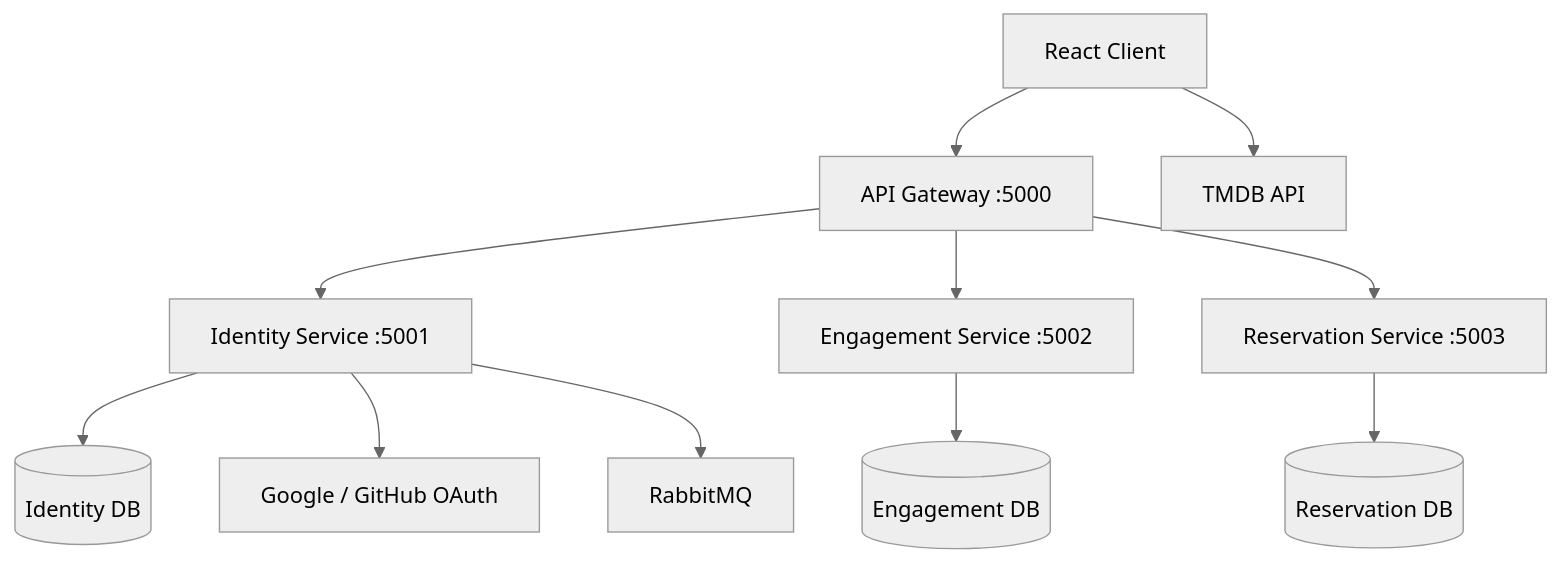
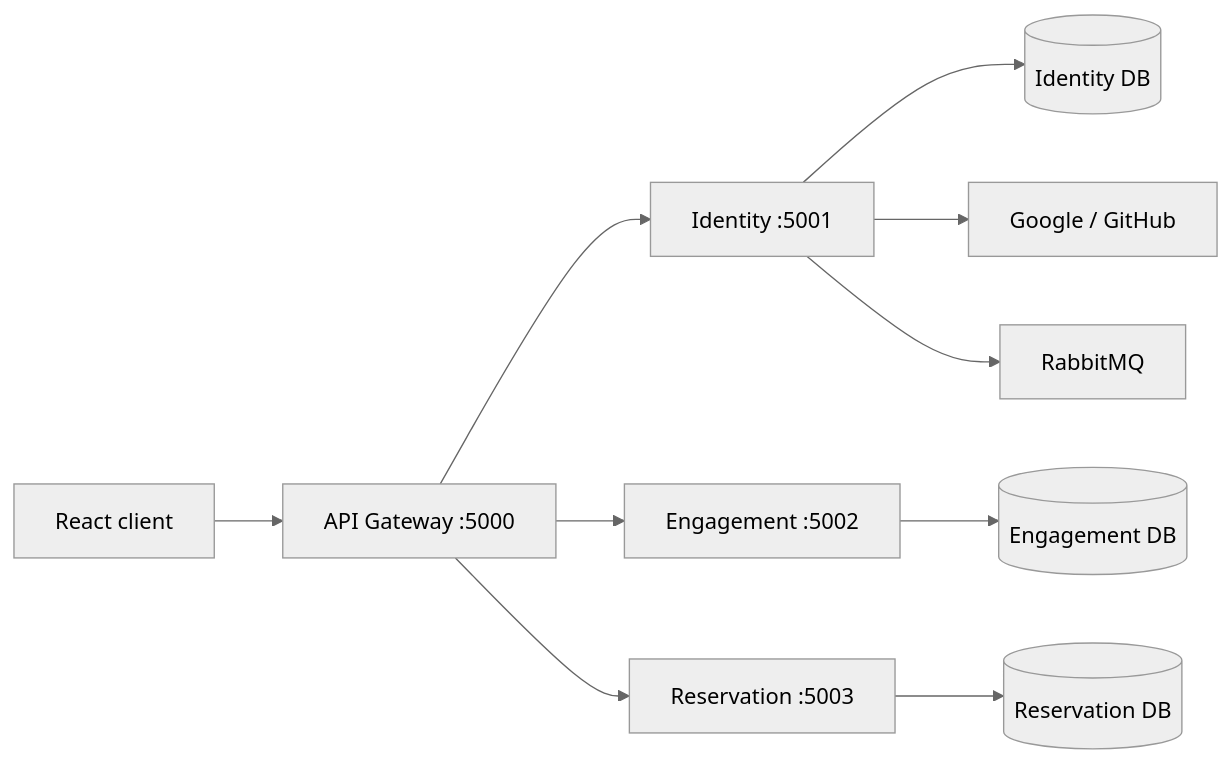
One commit to ML642/movie-reservation changed the diagram in README.md. Above: the diagram before and after it, drawn with Mermaid (neutral theme). The commit also changed other lines of this file and 7 other files, not shown here.

````diff
--- a/README.md
+++ b/README.md
@@ -53,33 +9,12 @@
 ```mermaid
-flowchart TD
-    Client["React Client"]
-
-    Gateway["API Gateway :5000"]
-
-    Identity["Identity Service :5001"]
-    Engagement["Engagement Service :5002"]
-    Reservation["Reservation Service :5003"]
-
-    IdentityDB[("Identity DB")]
-    EngagementDB[("Engagement DB")]
-    ReservationDB[("Reservation DB")]
-
-    Rabbit["RabbitMQ"]
-    OAuth["Google / GitHub OAuth"]
-    TMDB["TMDB API"]
-
-    Client --> Gateway
-
-    Gateway --> Identity
-    Gateway --> Engagement
-    Gateway --> Reservation
-
-    Identity --> IdentityDB
-    Engagement --> EngagementDB
-    Reservation --> ReservationDB
-
-    Identity --> OAuth
-    Identity --> Rabbit
-
-    Client --> TMDB
+flowchart LR
+  Client[React client] --> Gateway[API Gateway :5000]
+  Gateway --> Identity[Identity :5001]
+  Gateway --> Engagement[Engagement :5002]
+  Gateway --> Reservation[Reservation :5003]
+  Identity --> IdentityDB[(Identity DB)]
+  Engagement --> EngagementDB[(Engagement DB)]
+  Reservation --> ReservationDB[(Reservation DB)]
+  Identity --> OAuth[Google / GitHub]
+  Identity --> Rabbit[RabbitMQ]
 ```
````
